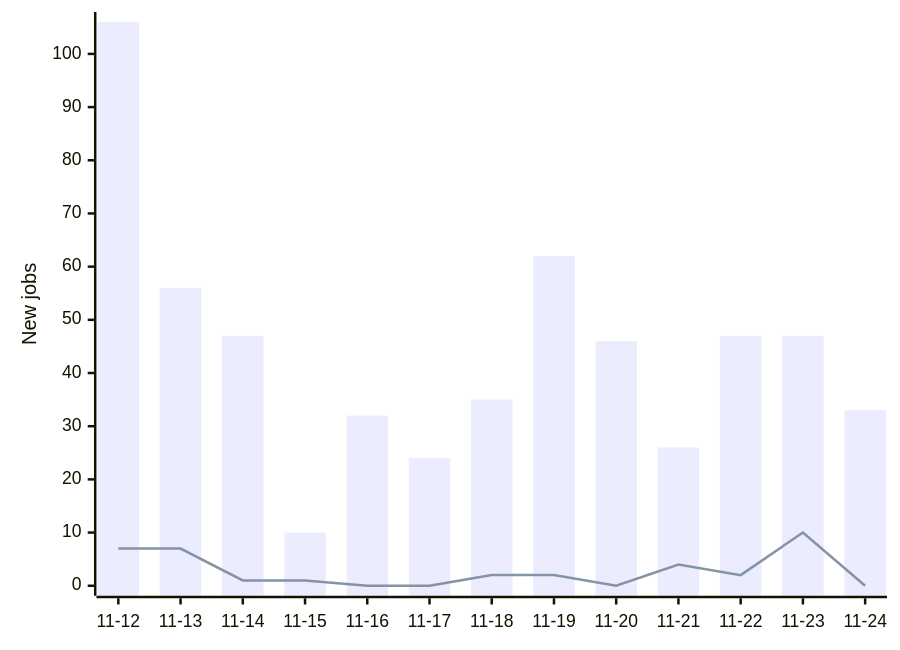
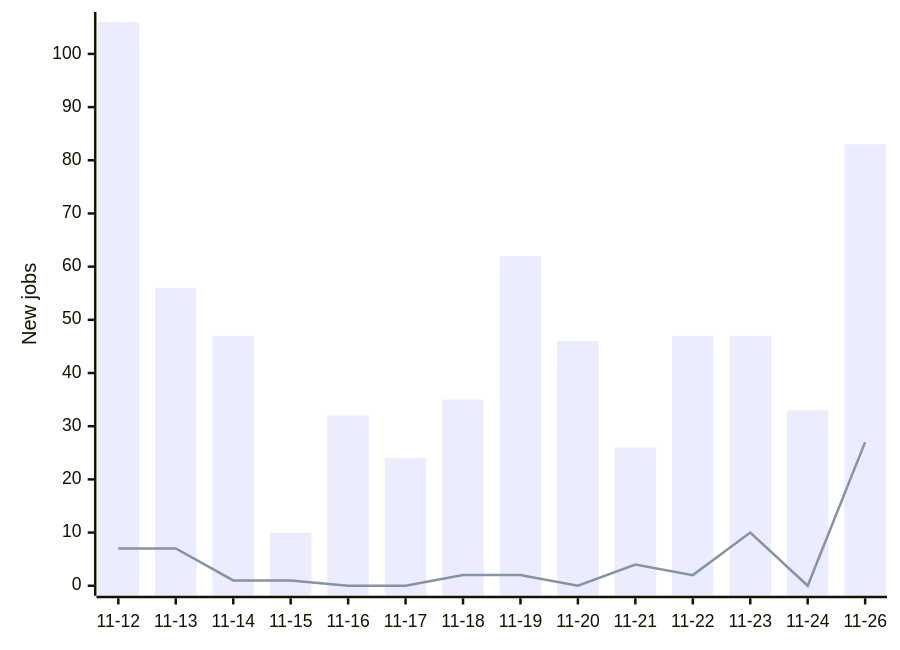
One commit to Mwangimark/frontend-job-tracker changed the diagram in README.md. Above: the diagram before and after it, drawn with Mermaid. The commit also changed other lines of this file and 2 other files, not shown here.

````diff
--- a/README.md
+++ b/README.md
@@ -16,7 +16,7 @@
 ```mermaid
 xychart-beta
-    x-axis ["11-12", "11-13", "11-14", "11-15", "11-16", "11-17", "11-18", "11-19", "11-20", "11-21", "11-22", "11-23", "11-24"]
+    x-axis ["11-12", "11-13", "11-14", "11-15", "11-16", "11-17", "11-18", "11-19", "11-20", "11-21", "11-22", "11-23", "11-24", "11-26"]
     y-axis "New jobs" 0 --> 106
-    bar [106, 56, 47, 10, 32, 24, 35, 62, 46, 26, 47, 47, 33]
-    line [7, 7, 1, 1, 0, 0, 2, 2, 0, 4, 2, 10, 0]
+    bar [106, 56, 47, 10, 32, 24, 35, 62, 46, 26, 47, 47, 33, 83]
+    line [7, 7, 1, 1, 0, 0, 2, 2, 0, 4, 2, 10, 0, 27]
 ```
````
